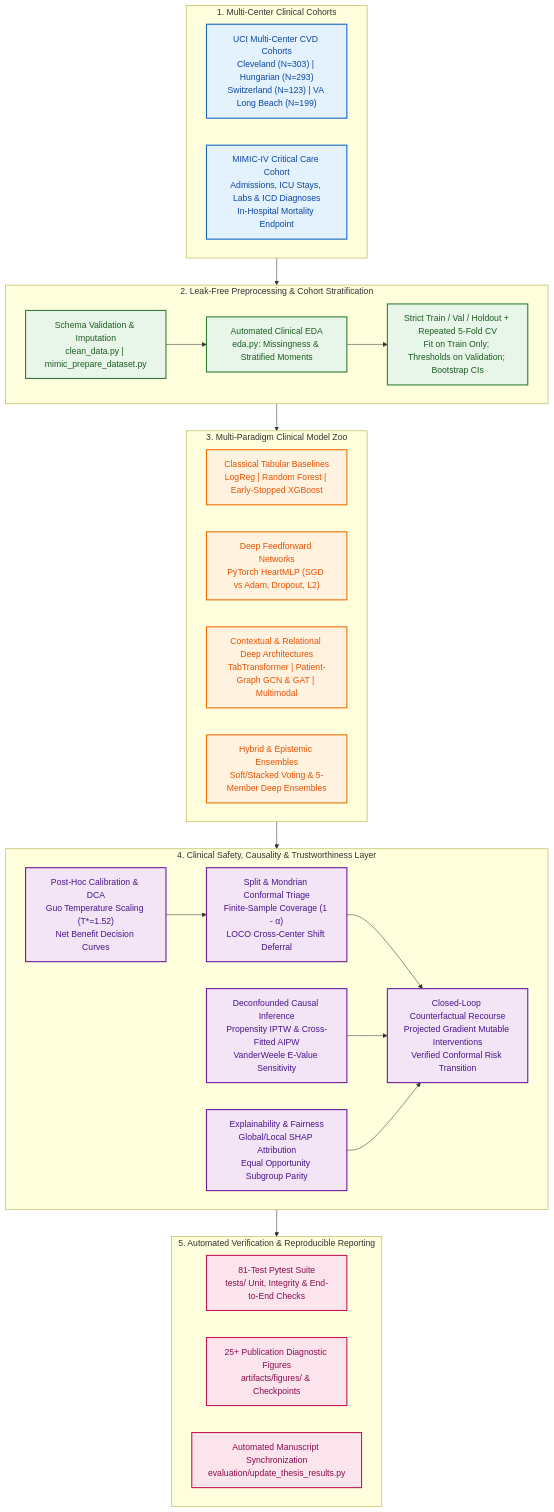
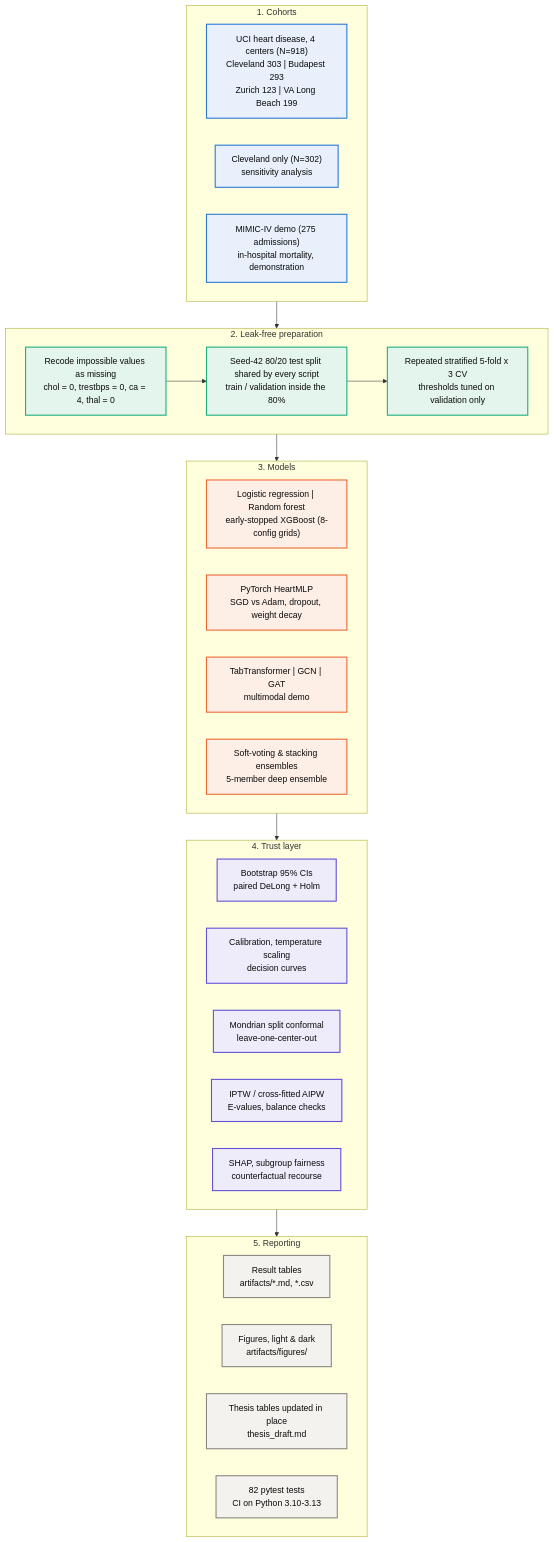
Before and after one commit to YahyaLendani/heart-disease-clinical-ml: the diagram in README.md, drawn with Mermaid. The commit also changed other lines of this file and 73 other files, not shown here.

First line of the commit message:
Rewrite README and restyle every pipeline figure

````diff
--- a/README.md
+++ b/README.md
@@ -59,54 +76,50 @@
 ```mermaid
 flowchart TB
-    classDef data fill:#e3f2fd,stroke:#1565c0,stroke-width:2px,color:#0d47a1
-    classDef prep fill:#e8f5e9,stroke:#2e7d32,stroke-width:2px,color:#1b5e20
-    classDef model fill:#fff3e0,stroke:#ef6c00,stroke-width:2px,color:#e65100
-    classDef trust fill:#f3e5f5,stroke:#6a1b9a,stroke-width:2px,color:#4a148c
-    classDef out fill:#fce4ec,stroke:#c2185b,stroke-width:2px,color:#880e4f
+    classDef data fill:#e7f0fb,stroke:#2a78d6,stroke-width:2px,color:#0b0b0b
+    classDef prep fill:#e4f5ee,stroke:#1baf7a,stroke-width:2px,color:#0b0b0b
+    classDef model fill:#fdeee6,stroke:#eb6834,stroke-width:2px,color:#0b0b0b
+    classDef trust fill:#eeecfb,stroke:#6250d6,stroke-width:2px,color:#0b0b0b
+    classDef out fill:#f3f2ee,stroke:#898781,stroke-width:2px,color:#0b0b0b
 
-    subgraph Data["1. Multi-Center Clinical Cohorts"]
+    subgraph Data["1. Cohorts"]
         direction LR
-        A1["UCI Multi-Center CVD Cohorts\nCleveland (N=303) | Hungarian (N=293)\nSwitzerland (N=123) | VA Long Beach (N=199)"]:::data
-        A2["MIMIC-IV Critical Care Cohort\nAdmissions, ICU Stays, Labs & ICD Diagnoses\nIn-Hospital Mortality Endpoint"]:::data
+        A1["UCI heart disease, 4 centers (N=918)<br/>Cleveland 303 | Budapest 293<br/>Zurich 123 | VA Long Beach 199"]:::data
+        A2["Cleveland only (N=302)<br/>sensitivity analysis"]:::data
+        A3["MIMIC-IV demo (275 admissions)<br/>in-hospital mortality, demonstration"]:::data
     end
 
-    subgraph Prep["2. Leak-Free Preprocessing & Cohort Stratification"]
+    subgraph Prep["2. Leak-free preparation"]
         direction LR
-        B1["Schema Validation & Imputation\nclean_data.py | mimic_prepare_dataset.py"]:::prep
-        B2["Automated Clinical EDA\neda.py: Missingness & Stratified Moments"]:::prep
-        B3["Strict Train / Val / Holdout + Repeated 5-Fold CV\nFit on Train Only; Thresholds on Validation; Bootstrap CIs"]:::prep
+        B1["Recode impossible values as missing<br/>chol = 0, trestbps = 0, ca = 4, thal = 0"]:::prep
+        B2["Seed-42 80/20 test split shared by every script<br/>train / validation inside the 80%"]:::prep
+        B3["Repeated stratified 5-fold x 3 CV<br/>thresholds tuned on validation only"]:::prep
         B1 --> B2 --> B3
     end
 
-    subgraph Models["3. Multi-Paradigm Clinical Model Zoo"]
+    subgraph Models["3. Models"]
         direction LR
-        C1["Classical Tabular Baselines\nLogReg | Random Forest | Early-Stopped XGBoost"]:::model
-        C2["Deep Feedforward Networks\nPyTorch HeartMLP (SGD vs Adam, Dropout, L2)"]:::model
-        C3["Contextual & Relational Deep Architectures\nTabTransformer | Patient-Graph GCN & GAT | Multimodal"]:::model
-        C4["Hybrid & Epistemic Ensembles\nSoft/Stacked Voting & 5-Member Deep Ensembles"]:::model
+        C1["Logistic regression | Random forest<br/>early-stopped XGBoost (8-config grids)"]:::model
+        C2["PyTorch HeartMLP<br/>SGD vs Adam, dropout, weight decay"]:::model
+        C3["TabTransformer | GCN | GAT<br/>multimodal demo"]:::model
+        C4["Soft-voting & stacking ensembles<br/>5-member deep ensemble"]:::model
     end
 
-    subgraph Trust["4. Clinical Safety, Causality & Trustworthiness Layer"]
+    subgraph Trust["4. Trust layer"]
         direction LR
-        D1["Post-Hoc Calibration & DCA\nGuo Temperature Scaling (T*=1.52)\nNet Benefit Decision Curves"]:::trust
-        D2["Split & Mondrian Conformal Triage\nFinite-Sample Coverage (1 - α)\nLOCO Cross-Center Shift Deferral"]:::trust
-        D3["Deconfounded Causal Inference\nPropensity IPTW & Cross-Fitted AIPW\nVanderWeele E-Value Sensitivity"]:::trust
-        D4["Explainability & Fairness\nGlobal/Local SHAP Attribution\nEqual Opportunity Subgroup Parity"]:::trust
-        D5["Closed-Loop Counterfactual Recourse\nProjected Gradient Mutable Interventions\nVerified Conformal Risk Transition"]:::trust
-        D1 --> D2 --> D5
-        D3 --> D5
-        D4 --> D5
+        D1["Bootstrap 95% CIs<br/>paired DeLong + Holm"]:::trust
+        D2["Calibration, temperature scaling<br/>decision curves"]:::trust
+        D3["Mondrian split conformal<br/>leave-one-center-out"]:::trust
+        D4["IPTW / cross-fitted AIPW<br/>E-values, balance checks"]:::trust
+        D5["SHAP, subgroup fairness<br/>counterfactual recourse"]:::trust
     end
 
-    subgraph Output["5. Automated Verification & Reproducible Reporting"]
+    subgraph Output["5. Reporting"]
         direction LR
-        E1["81-Test Pytest Suite\ntests/ Unit, Integrity & End-to-End Checks"]:::out
-        E2["25+ Publication Diagnostic Figures\nartifacts/figures/ & Checkpoints"]:::out
-        E3["Automated Manuscript Synchronization\nevaluation/update_thesis_results.py"]:::out
+        E1["Result tables<br/>artifacts/*.md, *.csv"]:::out
+        E2["Figures, light & dark<br/>artifacts/figures/"]:::out
+        E3["Thesis tables updated in place<br/>thesis_draft.md"]:::out
+        E4["82 pytest tests<br/>CI on Python 3.10-3.13"]:::out
     end
 
-    Data --> Prep
-    Prep --> Models
-    Models --> Trust
-    Trust --> Output
+    Data --> Prep --> Models --> Trust --> Output
 ```
````
